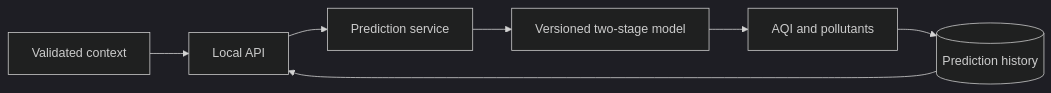
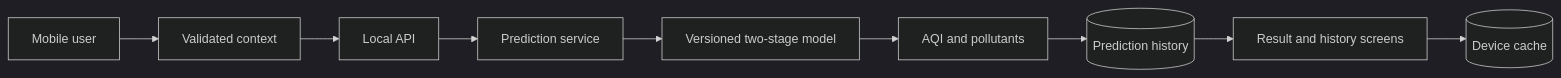
The diagram in docs/product-scope.md (abiekaputra/awair), drawn with Mermaid (dark theme) before and after one commit. The commit also changed other lines of this file and 53 other files, not shown here.

````diff
--- a/docs/product-scope.md
+++ b/docs/product-scope.md
@@ -9,9 +9,11 @@
 ```mermaid
 flowchart LR
-    Input[Validated context] --> API[Local API]
+    User[Mobile user] --> Input[Validated context]
+    Input --> API[Local API]
     API --> Service[Prediction service]
     Service --> Model[Versioned two-stage model]
     Model --> Result[AQI and pollutants]
     Result --> DB[(Prediction history)]
-    DB --> API
+    DB --> Mobile[Result and history screens]
+    Mobile --> Cache[(Device cache)]
 ```
````
